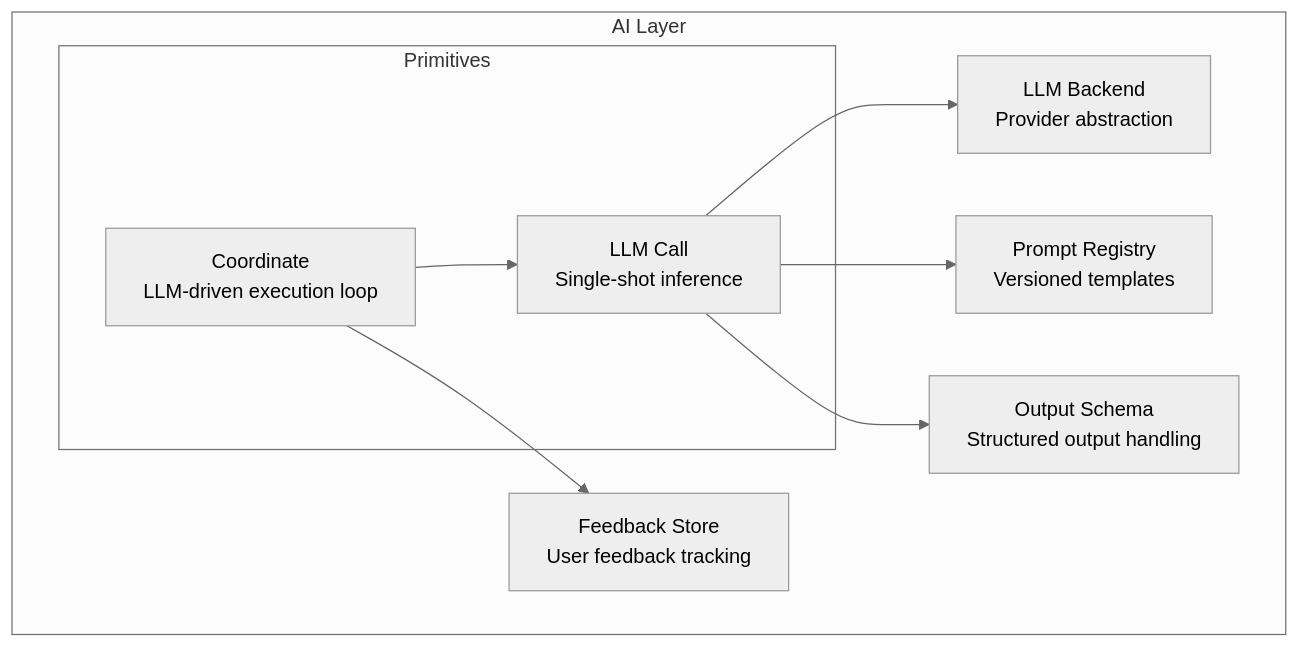
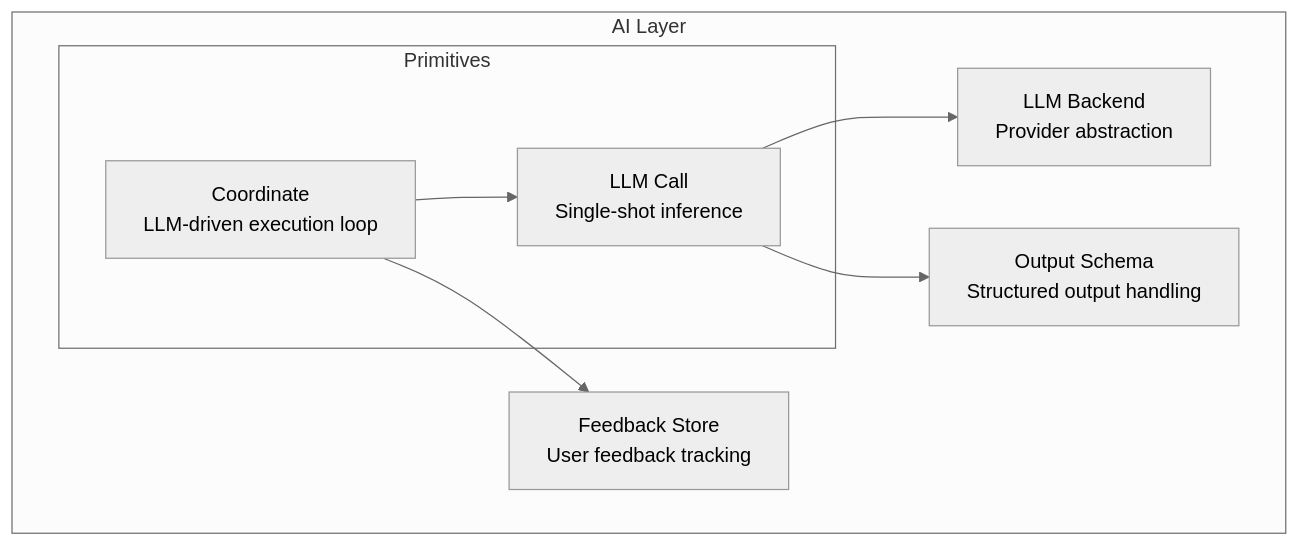
One commit to Technosorcery/silver-telegram changed the sixth of 7 diagrams in docs/architecture/ARCHITECTURE.md. Above: the diagram before and after it, drawn with Mermaid (neutral theme). The commit also changed other lines of this file and 16 other files, not shown here.

````diff
--- a/docs/architecture/ARCHITECTURE.md
+++ b/docs/architecture/ARCHITECTURE.md
@@ -277,23 +277,20 @@
 ```mermaid
 flowchart TB
     subgraph AI Layer
         subgraph Primitives
             CALL[LLM Call<br/>Single-shot inference]
             COORD[Coordinate<br/>LLM-driven execution loop]
         end
 
         LLM[LLM Backend<br/>Provider abstraction]
 
-        PROMPTS[Prompt Registry<br/>Versioned templates]
-
         SCHEMA[Output Schema<br/>Structured output handling]
 
         FB[Feedback Store<br/>User feedback tracking]
     end
 
     CALL --> LLM
-    CALL --> PROMPTS
     CALL --> SCHEMA
     COORD --> CALL
     COORD --> FB
 ```
````
